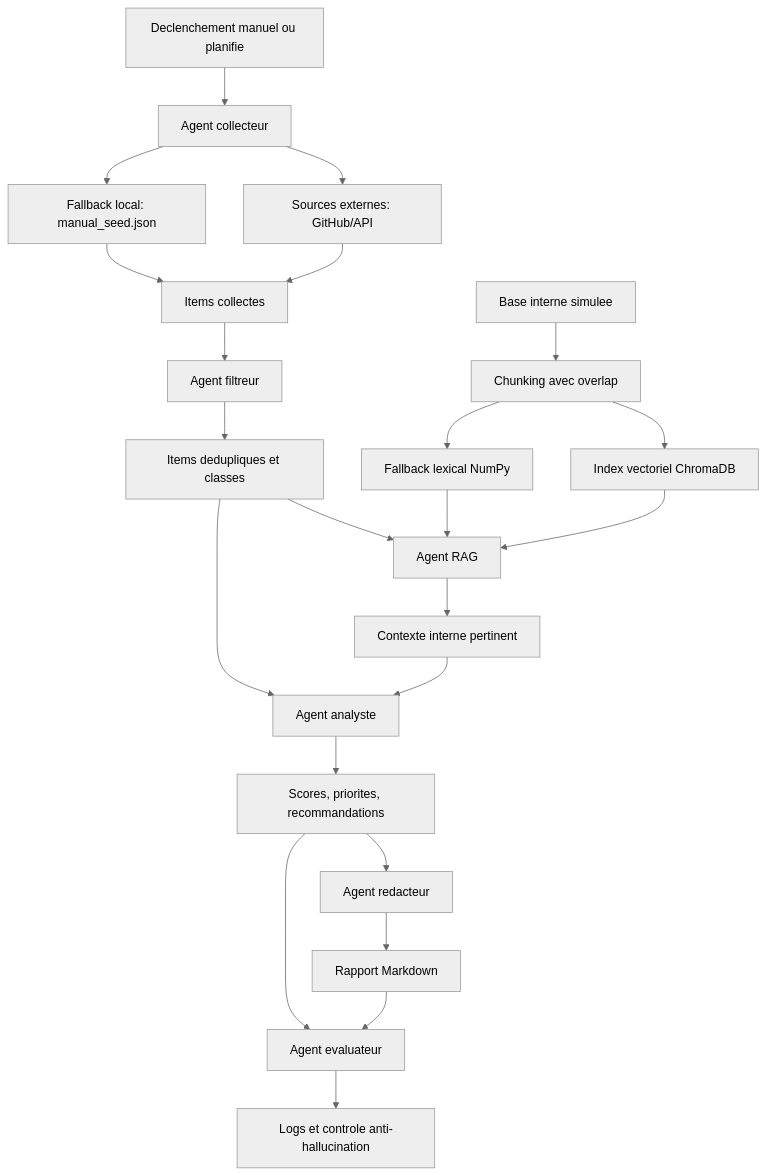
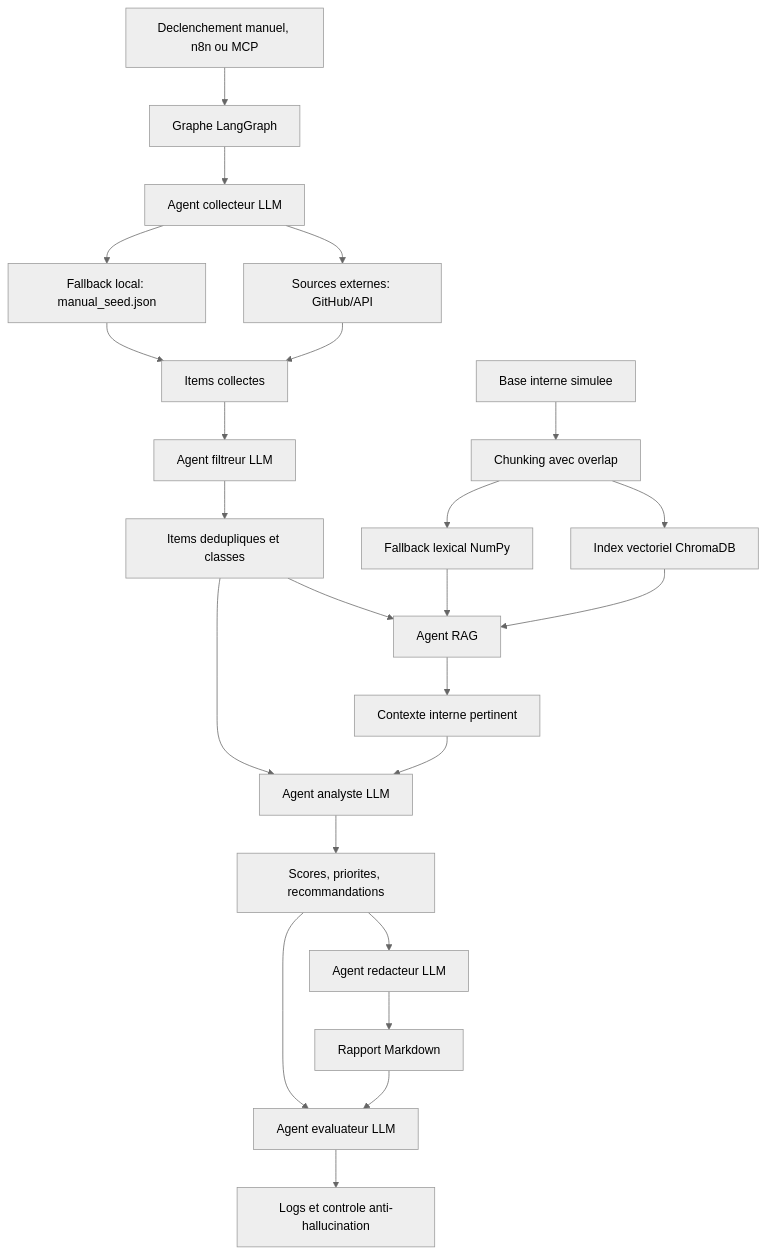
Before and after one commit to OmarBour-lab/Veille-IA: the diagram in docs/logigramme_flux_donnees.md, drawn with Mermaid (neutral theme). The commit also changed 26 other files, not shown here.

````diff
--- a/docs/logigramme_flux_donnees.md
+++ b/docs/logigramme_flux_donnees.md
@@ -3,25 +3,26 @@
 ```mermaid
 flowchart TD
-    A["Declenchement manuel ou planifie"] --> B["Agent collecteur"]
+    A["Declenchement manuel, n8n ou MCP"] --> LG["Graphe LangGraph"]
+    LG --> B["Agent collecteur LLM"]
     B --> C["Sources externes: GitHub/API"]
     B --> D["Fallback local: manual_seed.json"]
     C --> E["Items collectes"]
     D --> E
-    E --> F["Agent filtreur"]
+    E --> F["Agent filtreur LLM"]
     F --> G["Items dedupliques et classes"]
     H["Base interne simulee"] --> I["Chunking avec overlap"]
     I --> J["Index vectoriel ChromaDB"]
     I --> S["Fallback lexical NumPy"]
     G --> K["Agent RAG"]
     J --> K
     S --> K
     K --> L["Contexte interne pertinent"]
-    L --> M["Agent analyste"]
+    L --> M["Agent analyste LLM"]
     G --> M
     M --> N["Scores, priorites, recommandations"]
-    N --> O["Agent redacteur"]
+    N --> O["Agent redacteur LLM"]
     O --> P["Rapport Markdown"]
-    N --> Q["Agent evaluateur"]
+    N --> Q["Agent evaluateur LLM"]
     P --> Q
     Q --> R["Logs et controle anti-hallucination"]
 ```
````
